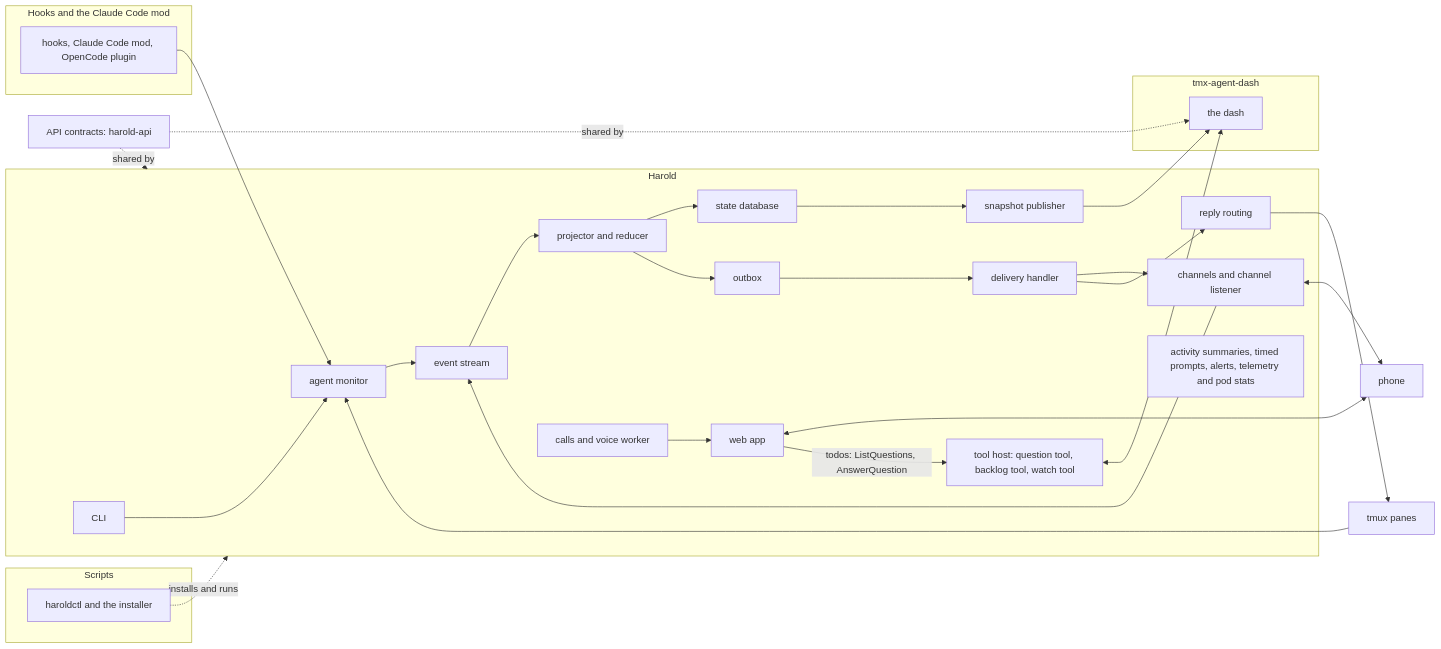
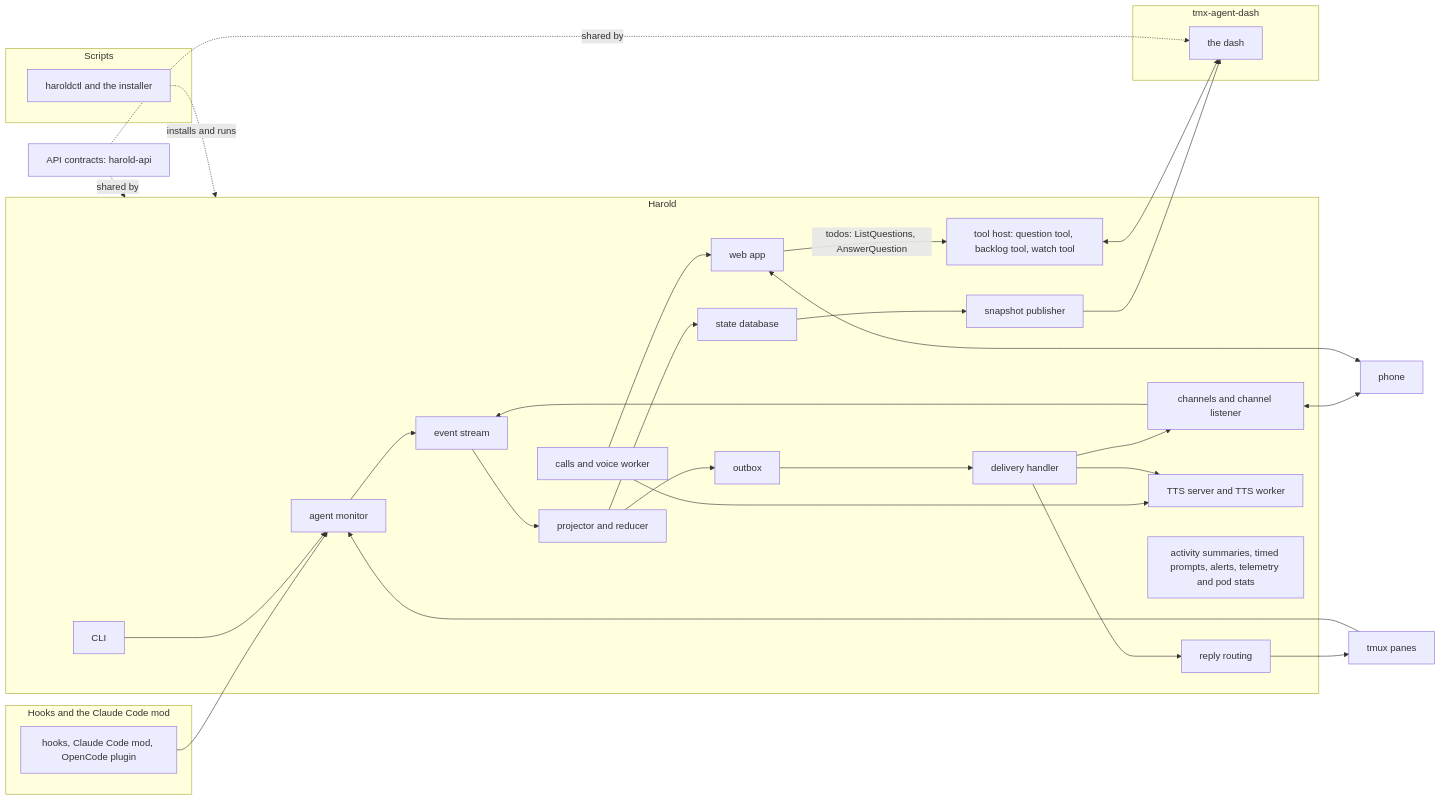
One commit to kahgeh/harold changed the first of 2 diagrams in docs/explanations/architecture.md. Above: the diagram before and after it, drawn with Mermaid. The commit also changed other lines of this file and 48 other files, not shown here.

Commit message:
Add the TTS server: workers by platform, approved models, downloads, desk voice, calls, CLI, docs and ADR 0020

````diff
--- a/docs/explanations/architecture.md
+++ b/docs/explanations/architecture.md
@@ -11,58 +11,61 @@
 ```mermaid
 flowchart LR
   subgraph hooksg["Hooks and the Claude Code mod"]
     hooks["hooks, Claude Code mod, OpenCode plugin"]
   end
 
   subgraph harold["Harold"]
     monitor["agent monitor"]
     stream["event stream"]
     projector["projector and reducer"]
     statedb["state database"]
     outbox["outbox"]
     handler["delivery handler"]
     channels["channels and channel listener"]
     routing["reply routing"]
     publisher["snapshot publisher"]
     toolhost["tool host: question tool, backlog tool, watch tool"]
     voice["calls and voice worker"]
+    tts["TTS server and TTS worker"]
     webapp["web app"]
     extras["activity summaries, timed prompts, alerts, telemetry and pod stats"]
     cli["CLI"]
   end
 
   subgraph dashg["tmx-agent-dash"]
     dash["the dash"]
   end
 
   subgraph scriptsg["Scripts"]
     ctl["haroldctl and the installer"]
   end
 
   api["API contracts: harold-api"]
   phone["phone"]
   panes["tmux panes"]
 
   hooks --> monitor
   panes --> monitor
   monitor --> stream
   channels --> stream
   stream --> projector
   projector --> statedb
   projector --> outbox
   outbox --> handler
   handler --> channels
   handler --> routing
   routing --> panes
   channels <--> phone
   webapp <--> phone
   statedb --> publisher
   publisher --> dash
   toolhost <--> dash
   webapp -->|"todos: ListQuestions, AnswerQuestion"| toolhost
   voice --> webapp
+  voice --> tts
+  handler --> tts
   cli --> monitor
   ctl -. installs and runs .-> harold
   api -. shared by .-> harold
   api -. shared by .-> dash
 ```
````
